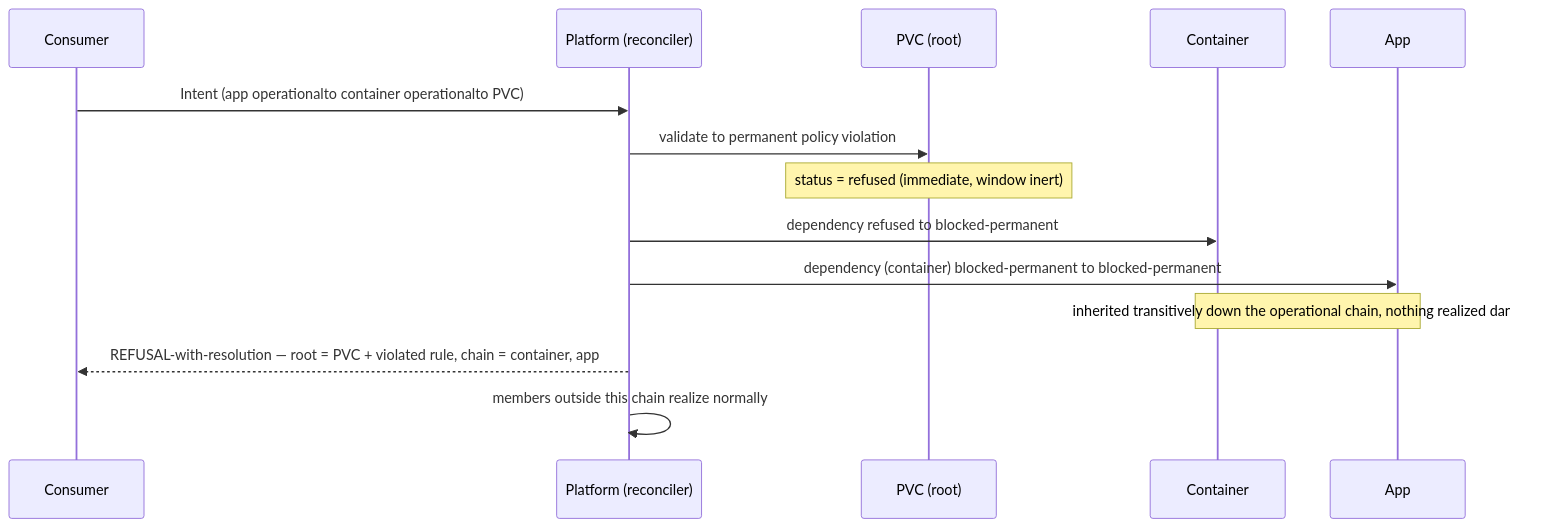
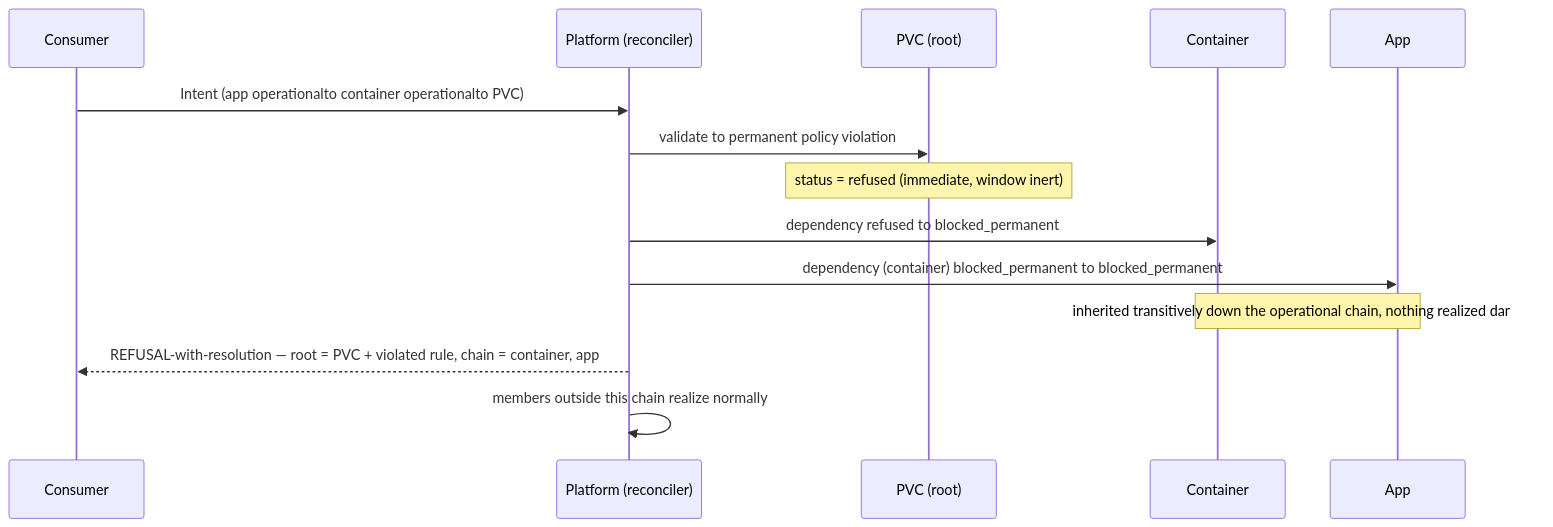
The diagram in docs/flows/intent-fulfillment-operational-transitive-refusal.md (croadfeldt/udlm), drawn with Mermaid before and after one commit. The commit also changed other lines of this file and 204 other files, not shown here.

First line of the commit message:
Record-schema values to snake_case (#657, row 120)

````diff
--- a/docs/flows/intent-fulfillment-operational-transitive-refusal.md
+++ b/docs/flows/intent-fulfillment-operational-transitive-refusal.md
@@ -24,16 +24,16 @@
 ```mermaid
 sequenceDiagram
     participant C as Consumer
     participant P as Platform (reconciler)
     participant PVC as PVC (root)
     participant Ct as Container
     participant App as App
     C->>P: Intent (app operationalto container operationalto PVC)
     P->>PVC: validate to permanent policy violation
     Note over PVC: status = refused (immediate, window inert)
-    P->>Ct: dependency refused to blocked-permanent
-    P->>App: dependency (container) blocked-permanent to blocked-permanent
+    P->>Ct: dependency refused to blocked_permanent
+    P->>App: dependency (container) blocked_permanent to blocked_permanent
     Note over App,Ct: inherited transitively down the operational chain, nothing realized dangling
     P-->>C: REFUSAL-with-resolution — root = PVC + violated rule, chain = container, app
     P->>P: members outside this chain realize normally
 ```
````
